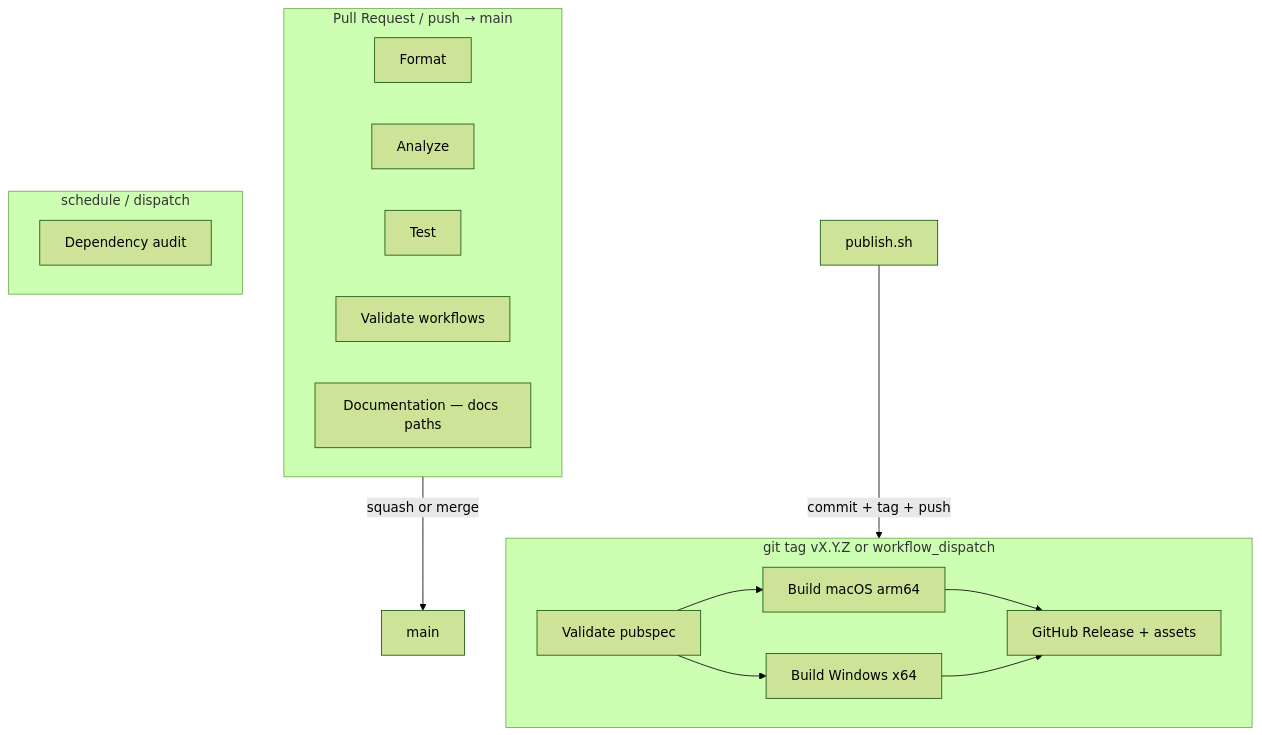
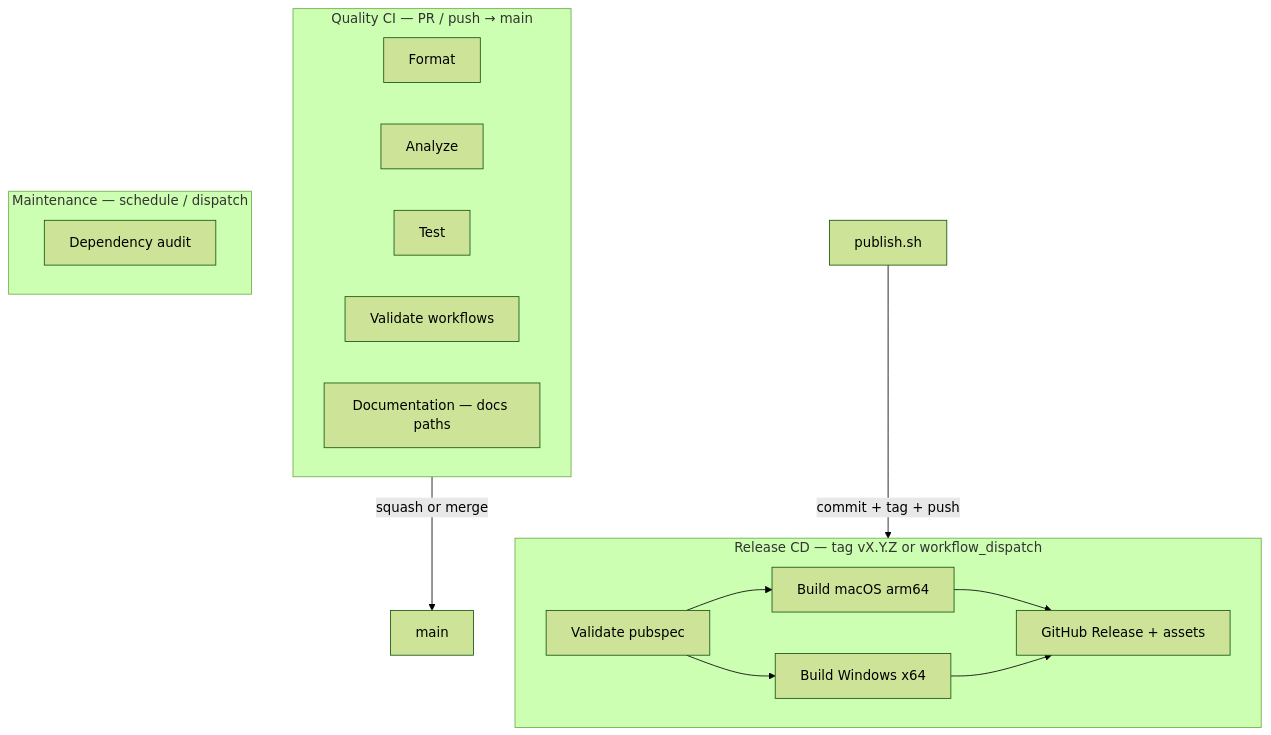
The diagram in docs/release/CI-CD.md (roshandroids/AI_Tray), drawn with Mermaid (forest theme) before and after one commit. The commit also changed other lines of this file and 20 other files, not shown here.

First line of the commit message:
ci: enforce Quality CI + Release CD

````diff
--- a/docs/release/CI-CD.md
+++ b/docs/release/CI-CD.md
@@ -26,25 +34,25 @@
 ```mermaid
 flowchart TB
-  subgraph PR["Pull Request / push → main"]
+  subgraph PR["Quality CI — PR / push → main"]
     F[Format]
     A[Analyze]
     T[Test]
     W[Validate workflows]
     D[Documentation — docs paths]
   end
 
-  subgraph REL["git tag vX.Y.Z or workflow_dispatch"]
+  subgraph REL["Release CD — tag vX.Y.Z or workflow_dispatch"]
     V[Validate pubspec]
     MA[Build macOS arm64]
     WIN[Build Windows x64]
     GH[GitHub Release + assets]
     V --> MA & WIN --> GH
   end
 
-  subgraph M["schedule / dispatch"]
+  subgraph M["Maintenance — schedule / dispatch"]
     DEP[Dependency audit]
   end
 
   PR -->|squash or merge| main
   PUB[publish.sh] -->|commit + tag + push| REL
 ```
````
